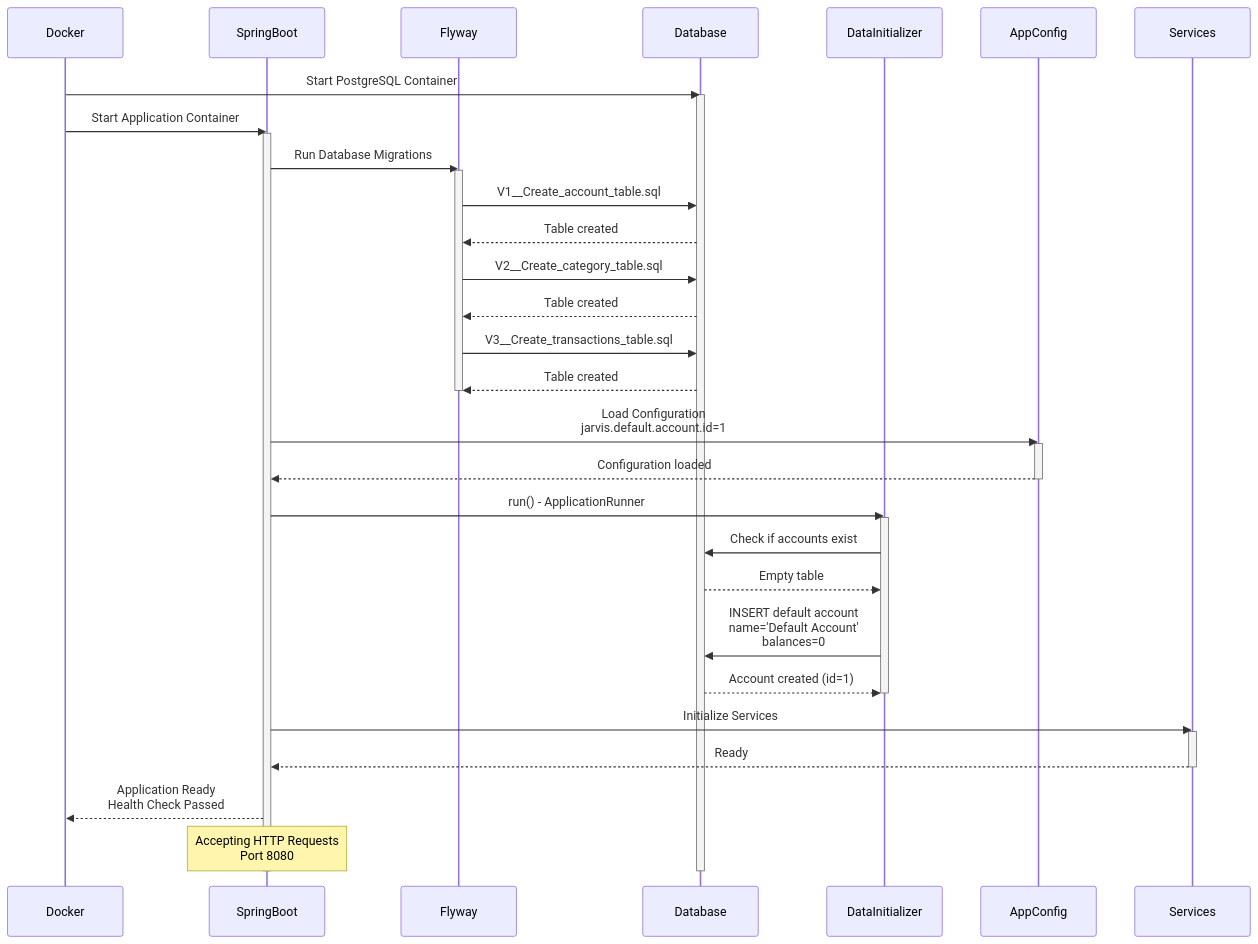
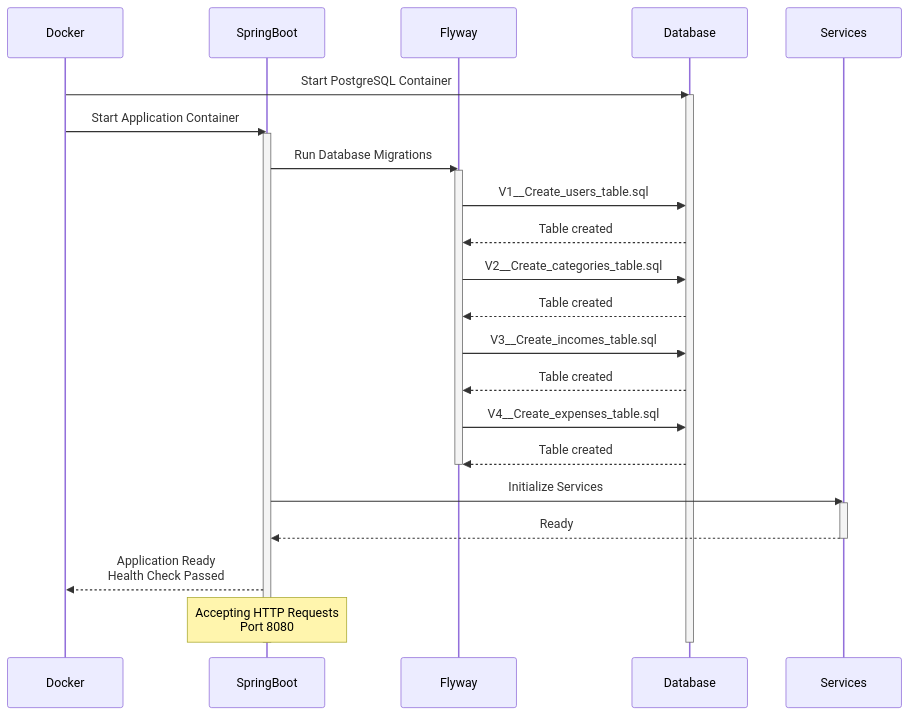
One commit to rogerbertan/jarvis-backend changed the eighth of 10 diagrams in SYSTEM_DESIGN.md. Above: the diagram before and after it, drawn with Mermaid. The commit also changed other lines of this file and 1 other file, not shown here.

Commit message:
feat: update the system design mermaid

````diff
--- a/SYSTEM_DESIGN.md
+++ b/SYSTEM_DESIGN.md
@@ -356,56 +332,42 @@
 ```mermaid
 sequenceDiagram
     participant Docker
     participant SpringBoot
     participant Flyway
     participant Database
-    participant DataInitializer
-    participant AppConfig
     participant Services
 
     Docker->>Database: Start PostgreSQL Container
     activate Database
 
     Docker->>SpringBoot: Start Application Container
     activate SpringBoot
 
     SpringBoot->>Flyway: Run Database Migrations
     activate Flyway
 
-    Flyway->>Database: V1__Create_account_table.sql
+    Flyway->>Database: V1__Create_users_table.sql
     Database-->>Flyway: Table created
 
-    Flyway->>Database: V2__Create_category_table.sql
+    Flyway->>Database: V2__Create_categories_table.sql
     Database-->>Flyway: Table created
 
-    Flyway->>Database: V3__Create_transactions_table.sql
+    Flyway->>Database: V3__Create_incomes_table.sql
+    Database-->>Flyway: Table created
+
+    Flyway->>Database: V4__Create_expenses_table.sql
     Database-->>Flyway: Table created
     deactivate Flyway
-
-    SpringBoot->>AppConfig: Load Configuration<br/>jarvis.default.account.id=1
-    activate AppConfig
-    AppConfig-->>SpringBoot: Configuration loaded
-    deactivate AppConfig
-
-    SpringBoot->>DataInitializer: run() - ApplicationRunner
-    activate DataInitializer
-
-    DataInitializer->>Database: Check if accounts exist
-    Database-->>DataInitializer: Empty table
-
-    DataInitializer->>Database: INSERT default account<br/>name='Default Account'<br/>balances=0
-    Database-->>DataInitializer: Account created (id=1)
-    deactivate DataInitializer
 
     SpringBoot->>Services: Initialize Services
     activate Services
     Services-->>SpringBoot: Ready
     deactivate Services
 
     SpringBoot-->>Docker: Application Ready<br/>Health Check Passed
 
     Note over SpringBoot: Accepting HTTP Requests<br/>Port 8080
 
     deactivate SpringBoot
     deactivate Database
 ```
````
